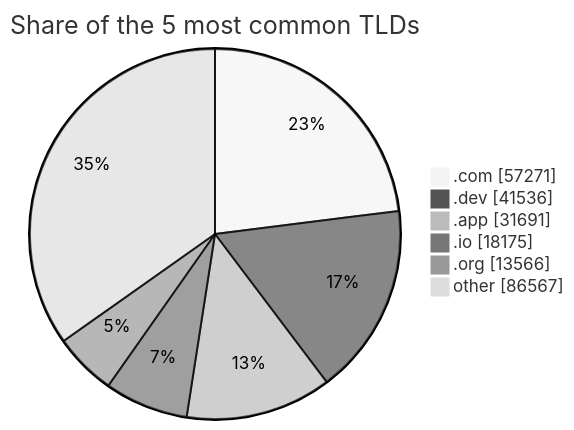
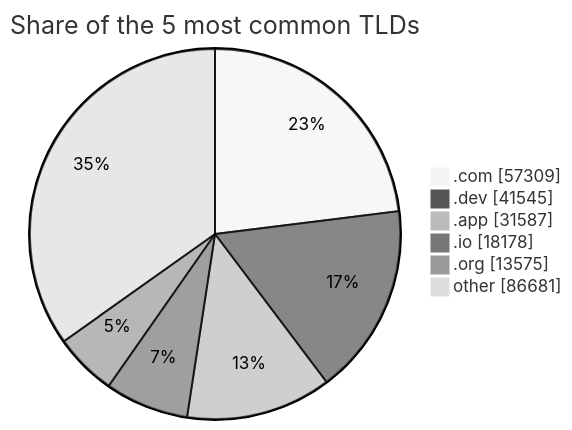
The second of 2 diagrams in README.md (DNSBunker/CTI), drawn with Mermaid (neutral theme) before and after one commit. The commit also changed other lines of this file and 3 other files, not shown here.

````diff
--- a/README.md
+++ b/README.md
@@ -72,9 +72,9 @@
 ```mermaid
 pie showData title Share of the 5 most common TLDs
-    ".com" : 57271
-    ".dev" : 41536
-    ".app" : 31691
-    ".io" : 18175
-    ".org" : 13566
-    "other" : 86567
+    ".com" : 57309
+    ".dev" : 41545
+    ".app" : 31587
+    ".io" : 18178
+    ".org" : 13575
+    "other" : 86681
 ```
````
